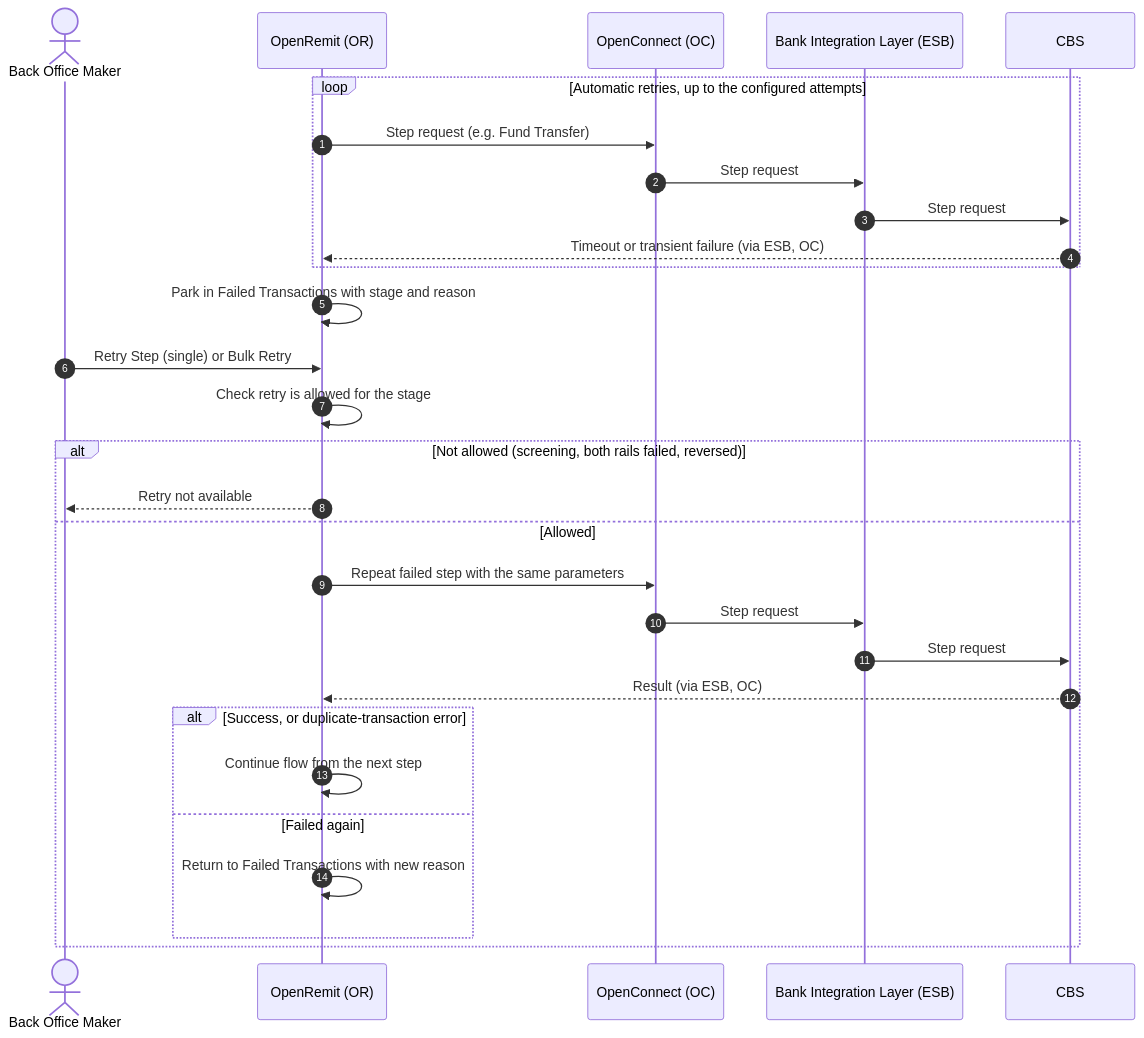
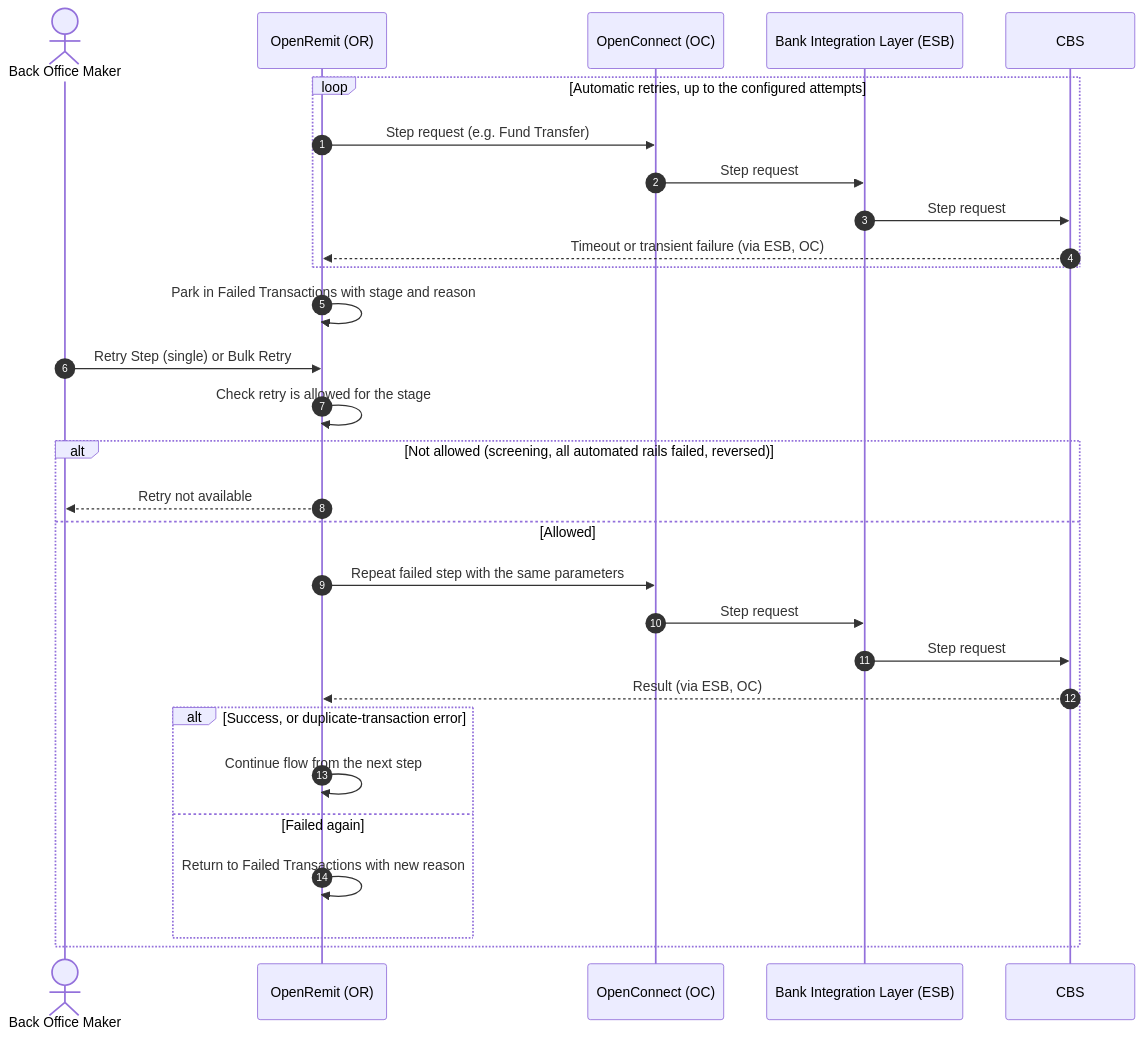
One commit to paysyslab/OpenRemit changed the diagram in docs/features/financial/retry-repush.md. Above: the diagram before and after it, drawn with Mermaid. The commit also changed other lines of this file and 37 other files, not shown here.

````diff
--- a/docs/features/financial/retry-repush.md
+++ b/docs/features/financial/retry-repush.md
@@ -60,33 +60,33 @@
 ```mermaid
 sequenceDiagram
     autonumber
     actor BOM as Back Office Maker
     participant OR as OpenRemit (OR)
     participant OC as OpenConnect (OC)
     participant ESB as Bank Integration Layer (ESB)
     participant CBS
 
     loop Automatic retries, up to the configured attempts
         OR->>OC: Step request (e.g. Fund Transfer)
         OC->>ESB: Step request
         ESB->>CBS: Step request
         CBS-->>OR: Timeout or transient failure (via ESB, OC)
     end
     OR->>OR: Park in Failed Transactions with stage and reason
 
     BOM->>OR: Retry Step (single) or Bulk Retry
     OR->>OR: Check retry is allowed for the stage
-    alt Not allowed (screening, both rails failed, reversed)
+    alt Not allowed (screening, all automated rails failed, reversed)
         OR-->>BOM: Retry not available
     else Allowed
         OR->>OC: Repeat failed step with the same parameters
         OC->>ESB: Step request
         ESB->>CBS: Step request
         CBS-->>OR: Result (via ESB, OC)
         alt Success, or duplicate-transaction error
             OR->>OR: Continue flow from the next step
         else Failed again
             OR->>OR: Return to Failed Transactions with new reason
         end
     end
 ```
````
